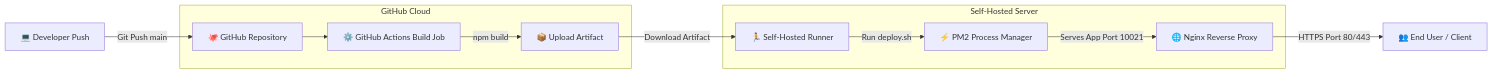
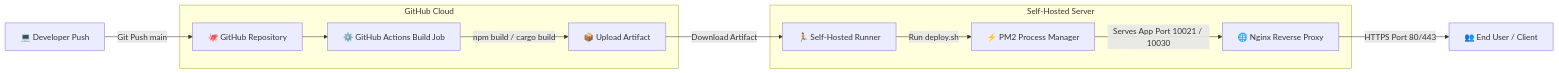
The diagram in README.md (Yuu5758/Deploy-Template), drawn with Mermaid before and after one commit. The commit also changed other lines of this file and 5 other files, not shown here.

````diff
--- a/README.md
+++ b/README.md
@@ -31,14 +32,14 @@
 ```mermaid
 flowchart LR
     A[💻 Developer Push] -->|Git Push main| B[🐙 GitHub Repository]
     subgraph GitHub Cloud
         B --> C[⚙️ GitHub Actions Build Job]
-        C -->|npm build| D[📦 Upload Artifact]
+        C -->|npm build / cargo build| D[📦 Upload Artifact]
     end
     subgraph Self-Hosted Server
         D -->|Download Artifact| E[🏃 Self-Hosted Runner]
         E -->|Run deploy.sh| F[⚡ PM2 Process Manager]
-        F -->|Serves App Port 10021| G[🌐 Nginx Reverse Proxy]
+        F -->|Serves App Port 10021 / 10030| G[🌐 Nginx Reverse Proxy]
     end
     G -->|HTTPS Port 80/443| H[👥 End User / Client]
 ```
````
